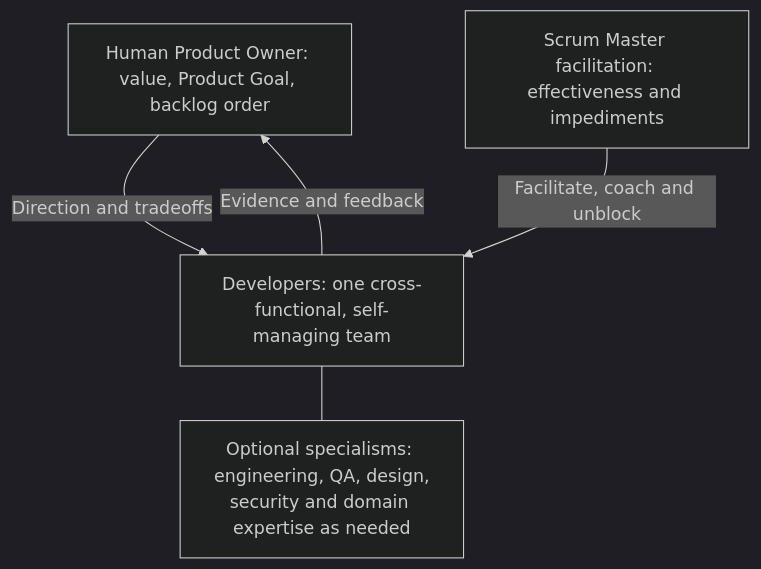
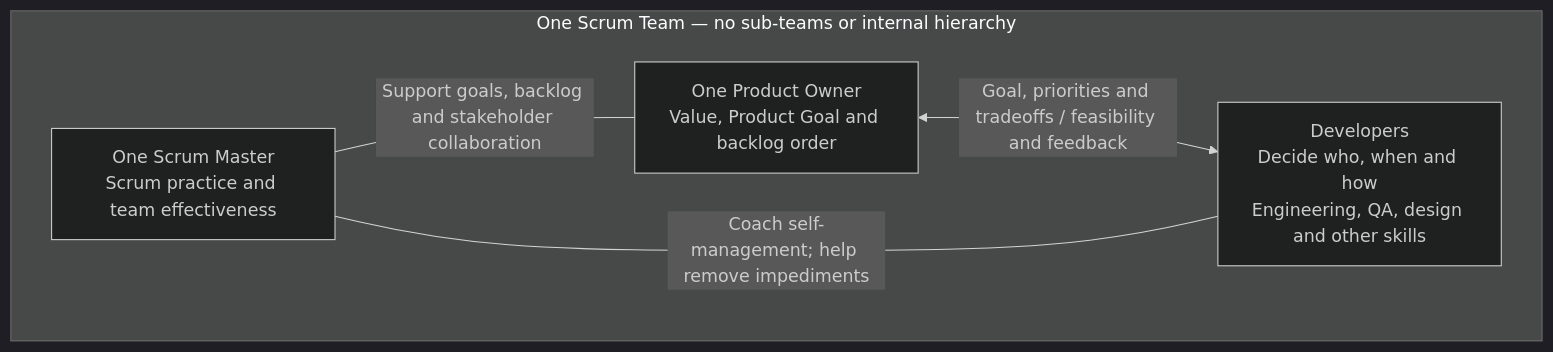
Before and after one commit to KeuqS/scrum-skill: the second of 5 diagrams in README.md, drawn with Mermaid (dark theme). The commit also changed other lines of this file and 21 other files, not shown here.

````diff
--- a/README.md
+++ b/README.md
@@ -90,11 +90,12 @@
 ```mermaid
-flowchart TB
-  PO["Human Product Owner: value, Product Goal, backlog order"]
-  SM["Scrum Master facilitation: effectiveness and impediments"]
-  Dev["Developers: one cross-functional, self-managing team"]
-  PO -->|Direction and tradeoffs| Dev
-  SM -->|Facilitate, coach and unblock| Dev
-  Dev -->|Evidence and feedback| PO
-  Profiles["Optional specialisms: engineering, QA, design,<br/>security and domain expertise as needed"]
-  Dev --- Profiles
+flowchart LR
+  subgraph Team["One Scrum Team — no sub-teams or internal hierarchy"]
+    direction LR
+    PO["One Product Owner<br/>Value, Product Goal and backlog order"]
+    Dev["Developers<br/>Decide who, when and how<br/>Engineering, QA, design and other skills"]
+    SM["One Scrum Master<br/>Scrum practice and team effectiveness"]
+    PO <-->|"Goal, priorities and tradeoffs / feasibility and feedback"| Dev
+    SM ---|"Coach self-management; help remove impediments"| Dev
+    SM ---|"Support goals, backlog and stakeholder collaboration"| PO
+  end
 ```
````
